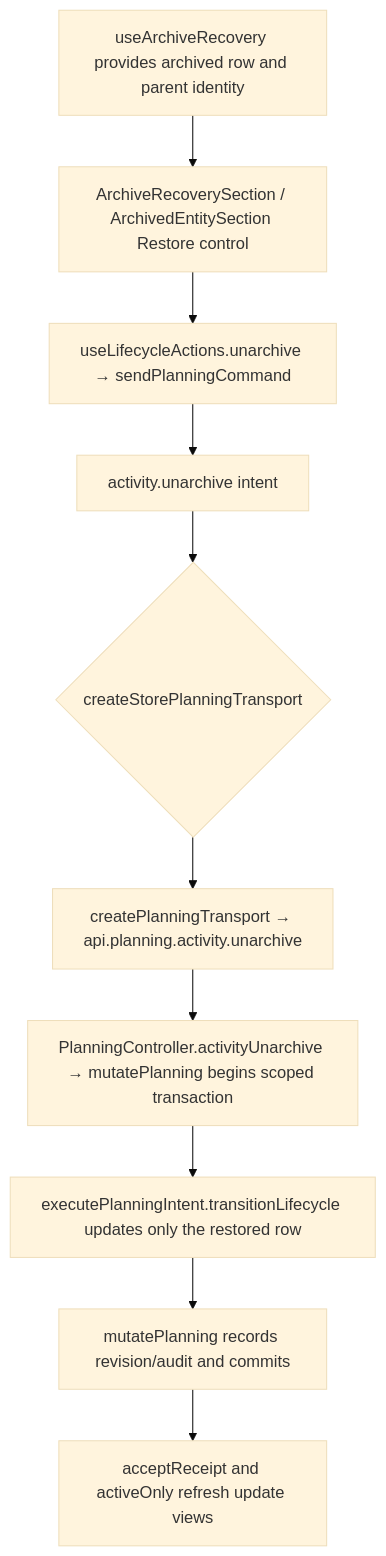
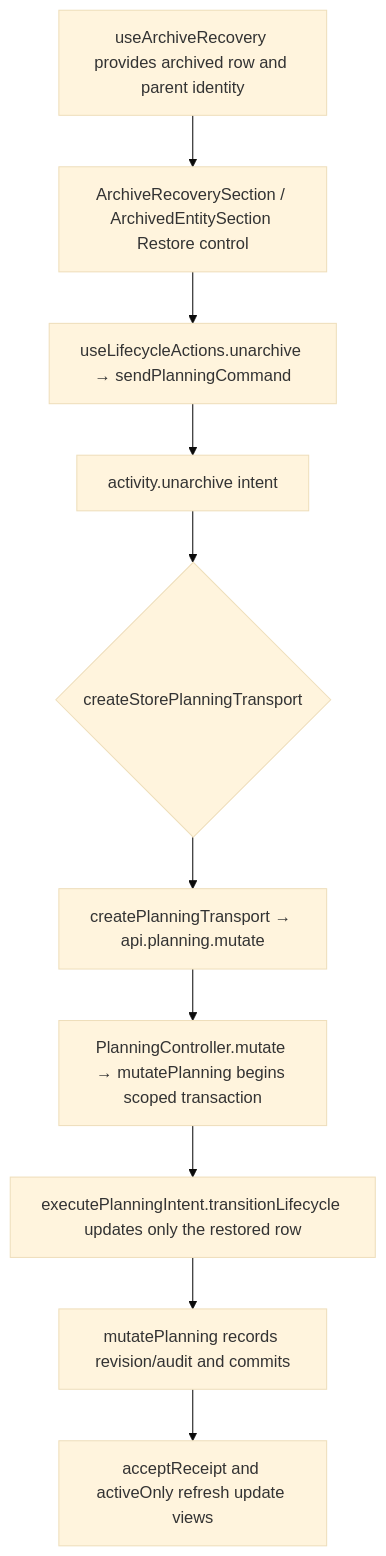
One commit to Kevinjohn/capacitylens changed the second of 2 diagrams in user-stories/activities/US-ACT-05-restore-activity.md. Above: the diagram before and after it, drawn with Mermaid (base theme). The commit also changed 115 other files, not shown here.

````diff
--- a/user-stories/activities/US-ACT-05-restore-activity.md
+++ b/user-stories/activities/US-ACT-05-restore-activity.md
@@ -26,8 +26,8 @@
 ```mermaid
 flowchart TD
   A["useArchiveRecovery provides archived row and parent identity"] --> B["ArchiveRecoverySection / ArchivedEntitySection Restore control"]
   B --> C["useLifecycleActions.unarchive → sendPlanningCommand"] --> D["activity.unarchive intent"]
   D --> E{"createStorePlanningTransport"}
-  E --> F["createPlanningTransport → api.planning.activity.unarchive"] --> G["PlanningController.activityUnarchive → mutatePlanning begins scoped transaction"]
+  E --> F["createPlanningTransport → api.planning.mutate"] --> G["PlanningController.mutate → mutatePlanning begins scoped transaction"]
   G --> H["executePlanningIntent.transitionLifecycle updates only the restored row"] --> K["mutatePlanning records revision/audit and commits"] --> J["acceptReceipt and activeOnly refresh update views"]
 ```
````
